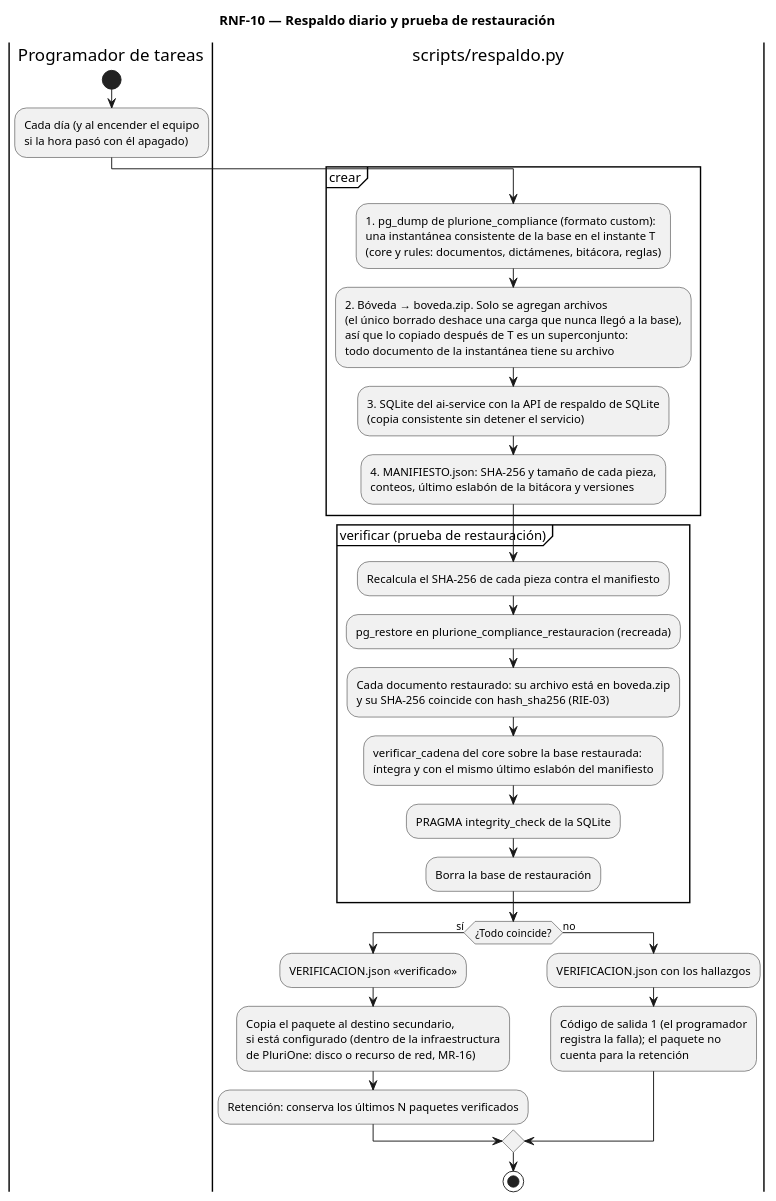
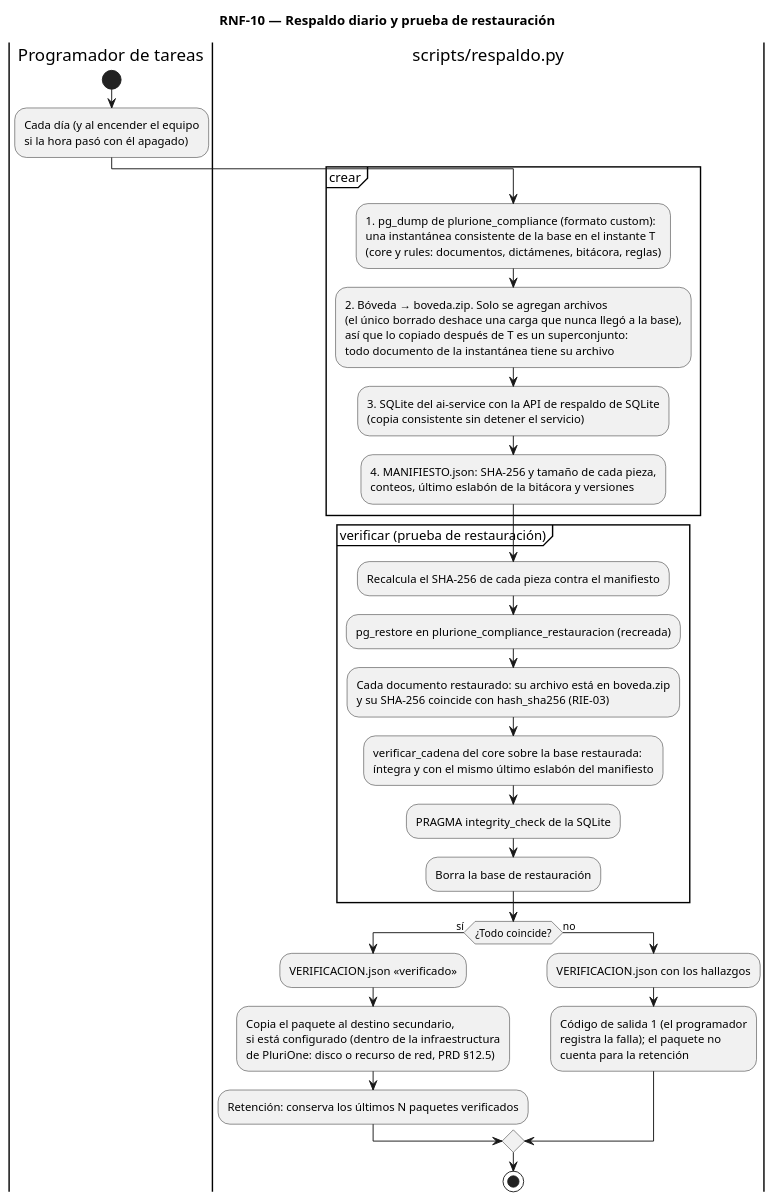
Before and after one commit to oliverpelay82-stack/G19X-ITCH-OVP-816-ACADEMIC: the diagram in docs/uml/rnf10-actividad-respaldo.puml, drawn with PlantUML. The commit also changed 98 other files, not shown here.

```diff
--- a/docs/uml/rnf10-actividad-respaldo.puml
+++ b/docs/uml/rnf10-actividad-respaldo.puml
@@ -1,54 +1,54 @@
 @startuml rnf10-actividad-respaldo
 ' RNF-10 — Respaldo diario conjunto de la evidencia, con prueba de restauración.
 ' Trazabilidad: RNF-10 (respaldos automatizados diarios, RPO < 24 h; ampliado en el PRD 2.1:
 ' base, bóveda y SQLite del ai-service en un mismo punto, con prueba de restauración);
 ' RIE-03 y RF-03 (cada documento restaurado conserva su huella); PLUS-04/05 (la cadena de la
-' bitácora restaurada se verifica completa); MR-10, MR-16 (el respaldo no sale de la
-' infraestructura de PluriOne), MR-17.
+' bitácora restaurada se verifica completa); PRD §12.5 (el respaldo no sale de la
+' infraestructura de PluriOne).
 ' Implementación: scripts/respaldo.py (crear, verificar, programar); prueba: scripts/prueba_respaldo.py. Sin tablas nuevas
 ' ni cambios en los servicios: el respaldo corre en línea, con los servicios en marcha.
 
 title RNF-10 — Respaldo diario y prueba de restauración
 
 |Programador de tareas|
 start
 :Cada día (y al encender el equipo
 si la hora pasó con él apagado);
 |scripts/respaldo.py|
 partition "crear" {
   :1. pg_dump de plurione_compliance (formato custom):
   una instantánea consistente de la base en el instante T
   (core y rules: documentos, dictámenes, bitácora, reglas);
   :2. Bóveda → boveda.zip. Solo se agregan archivos
   (el único borrado deshace una carga que nunca llegó a la base),
   así que lo copiado después de T es un superconjunto:
   todo documento de la instantánea tiene su archivo;
   :3. SQLite del ai-service con la API de respaldo de SQLite
   (copia consistente sin detener el servicio);
   :4. MANIFIESTO.json: SHA-256 y tamaño de cada pieza,
   conteos, último eslabón de la bitácora y versiones;
 }
 partition "verificar (prueba de restauración)" {
   :Recalcula el SHA-256 de cada pieza contra el manifiesto;
   :pg_restore en plurione_compliance_restauracion (recreada);
   :Cada documento restaurado: su archivo está en boveda.zip
   y su SHA-256 coincide con hash_sha256 (RIE-03);
   :verificar_cadena del core sobre la base restaurada:
   íntegra y con el mismo último eslabón del manifiesto;
   :PRAGMA integrity_check de la SQLite;
   :Borra la base de restauración;
 }
 if (¿Todo coincide?) then (sí)
   :VERIFICACION.json «verificado»;
   :Copia el paquete al destino secundario,
   si está configurado (dentro de la infraestructura
-  de PluriOne: disco o recurso de red, MR-16);
+  de PluriOne: disco o recurso de red, PRD §12.5);
   :Retención: conserva los últimos N paquetes verificados;
 else (no)
   :VERIFICACION.json con los hallazgos;
   :Código de salida 1 (el programador
   registra la falla); el paquete no
   cuenta para la retención;
 endif
 stop
 @enduml
```
